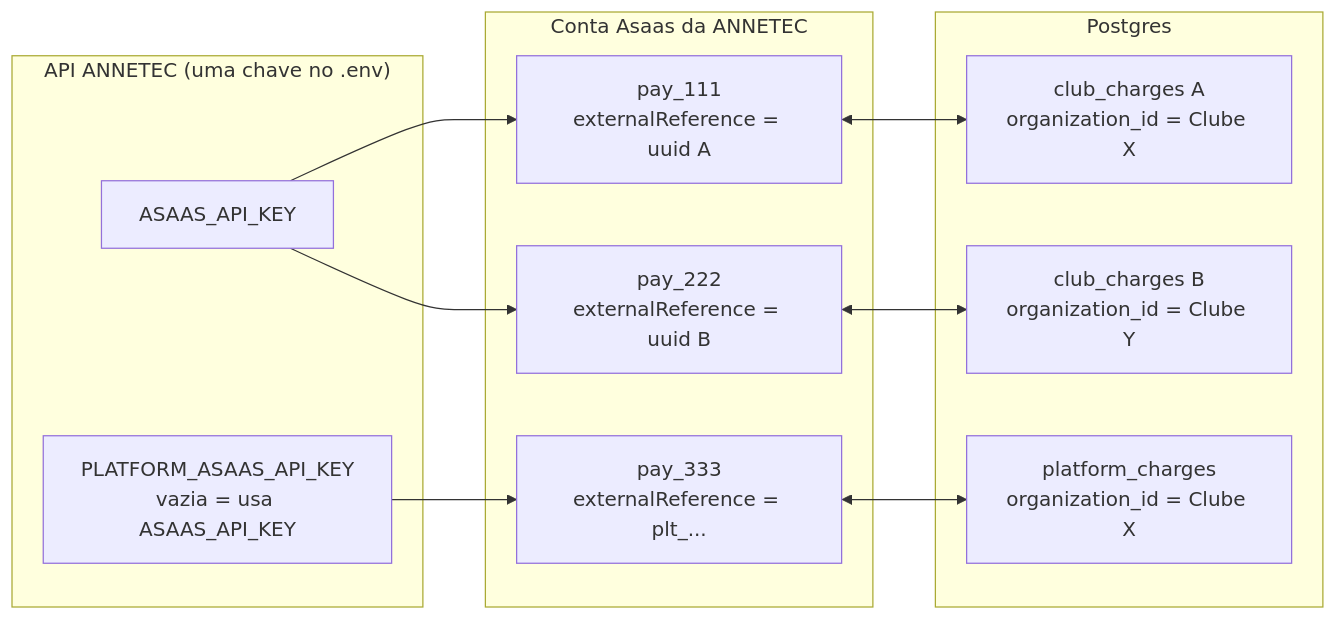
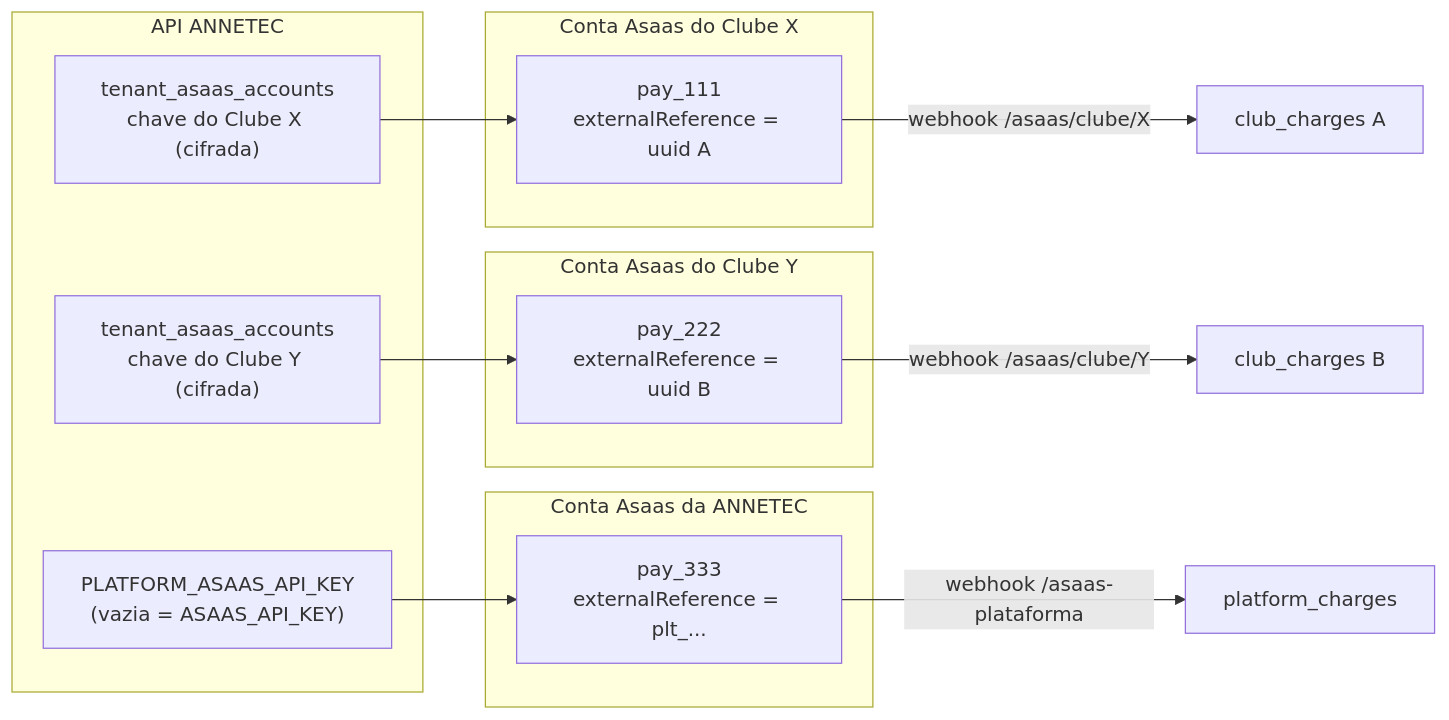
One commit to vsiago/annetec changed the second of 2 diagrams in docs/pagamentos-asaas-configuracao.md. Above: the diagram before and after it, drawn with Mermaid. The commit also changed other lines of this file and 47 other files, not shown here.

````diff
--- a/docs/pagamentos-asaas-configuracao.md
+++ b/docs/pagamentos-asaas-configuracao.md
@@ -79,22 +79,23 @@
 ```mermaid
 flowchart LR
-    subgraph Servidor["API ANNETEC (uma chave no .env)"]
-        K1[ASAAS_API_KEY]
-        K2[PLATFORM_ASAAS_API_KEY<br/>vazia = usa ASAAS_API_KEY]
+    subgraph Servidor["API ANNETEC"]
+        K1["tenant_asaas_accounts<br/>chave do Clube X (cifrada)"]
+        K2["tenant_asaas_accounts<br/>chave do Clube Y (cifrada)"]
+        K3["PLATFORM_ASAAS_API_KEY<br/>(vazia = ASAAS_API_KEY)"]
     end
-    subgraph Asaas["Conta Asaas da ANNETEC"]
+    subgraph AsaasX["Conta Asaas do Clube X"]
         P1[pay_111<br/>externalReference = uuid A]
+    end
+    subgraph AsaasY["Conta Asaas do Clube Y"]
         P2[pay_222<br/>externalReference = uuid B]
+    end
+    subgraph AsaasA["Conta Asaas da ANNETEC"]
         P3[pay_333<br/>externalReference = plt_...]
     end
-    subgraph Banco["Postgres"]
-        C1[club_charges A<br/>organization_id = Clube X]
-        C2[club_charges B<br/>organization_id = Clube Y]
-        C3[platform_charges<br/>organization_id = Clube X]
-    end
-    K1 --> P1 & P2
-    K2 --> P3
-    P1 <--> C1
-    P2 <--> C2
-    P3 <--> C3
+    K1 --> P1
+    K2 --> P2
+    K3 --> P3
+    P1 -- "webhook /asaas/clube/X" --> C1[club_charges A]
+    P2 -- "webhook /asaas/clube/Y" --> C2[club_charges B]
+    P3 -- "webhook /asaas-plataforma" --> C3[platform_charges]
 ```
````
